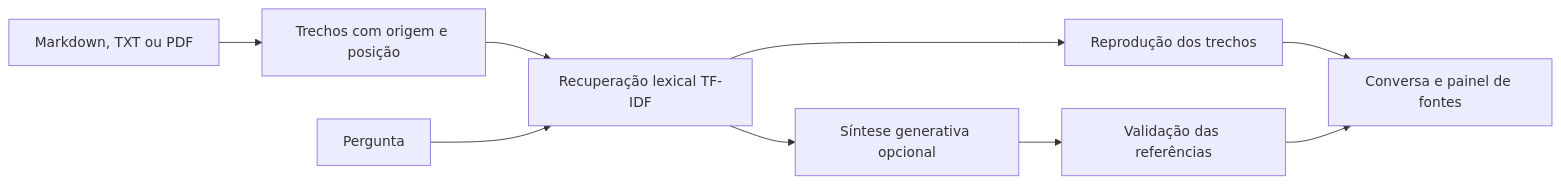
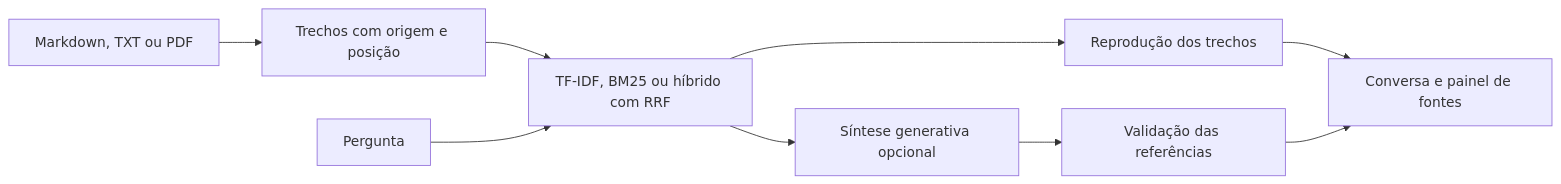
The diagram in README.md (GustavoCurio/docora), drawn with Mermaid before and after one commit. The commit also changed other lines of this file and 1 other file, not shown here.

Commit message:
docs: compara recuperação e documenta limites do modelo no Cloud

````diff
--- a/README.md
+++ b/README.md
@@ -185,11 +279,11 @@
 ```mermaid
 flowchart LR
     A[Markdown, TXT ou PDF] --> B[Trechos com origem e posição]
-    B --> C[Recuperação lexical TF-IDF]
+    B --> C[TF-IDF, BM25 ou híbrido com RRF]
     D[Pergunta] --> C
     C --> E[Reprodução dos trechos]
     C --> F[Síntese generativa opcional]
     F --> G[Validação das referências]
     E --> H[Conversa e painel de fontes]
     G --> H
 ```
````
